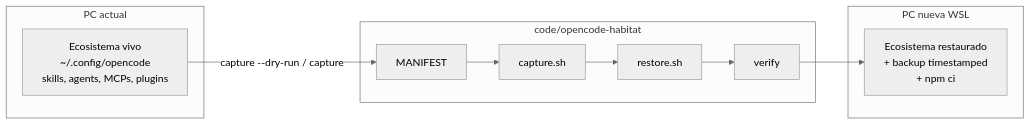
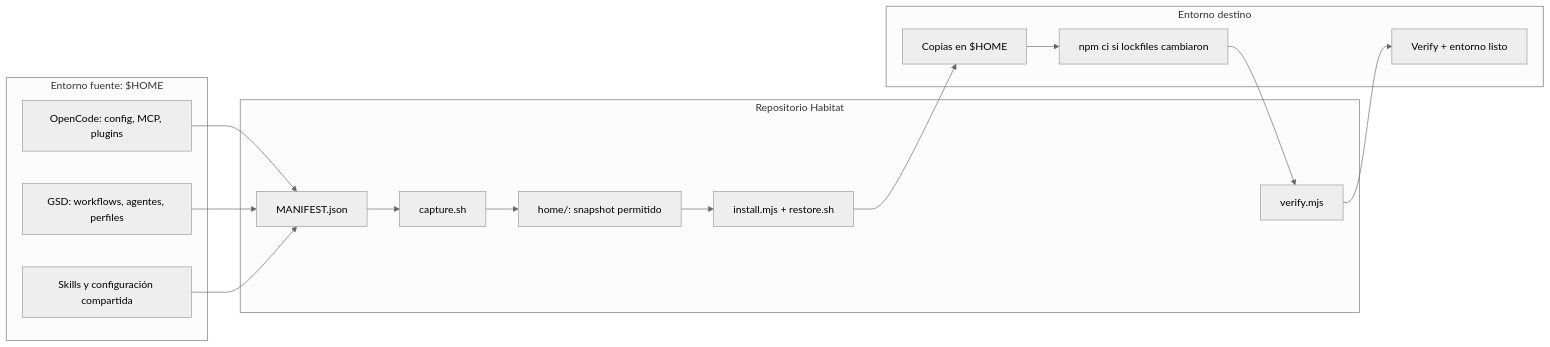
The diagram in README.md (FacundoECornet/Habitat), drawn with Mermaid (neutral theme) before and after one commit. The commit also changed other lines of this file, not shown here.

````diff
--- a/README.md
+++ b/README.md
@@ -20,17 +106,25 @@
 ```mermaid
 flowchart LR
-    subgraph ORIGEN[PC actual]
-        ECO[Ecosistema vivo<br/>~/.config/opencode<br/>skills, agents, MCPs, plugins]
+    subgraph Ecosistema["Entorno fuente: $HOME"]
+        OC[OpenCode: config, MCP, plugins]
+        GSD[GSD: workflows, agentes, perfiles]
+        SK[Skills y configuración compartida]
     end
-    subgraph HABITAT[code/opencode-habitat]
-        MAN[MANIFEST]
-        CAP[capture.sh]
-        RST[restore.sh]
-        VER[verify]
+    subgraph Repo["Repositorio Habitat"]
+        M[MANIFEST.json]
+        H[home/: snapshot permitido]
+        C[capture.sh]
+        I[install.mjs + restore.sh]
+        V[verify.mjs]
     end
-    subgraph DESTINO[PC nueva WSL]
-        ECO2[Ecosistema restaurado<br/>+ backup timestamped<br/>+ npm ci]
+    subgraph Destino["Entorno destino"]
+        R[Copias en $HOME]
+        N[npm ci si lockfiles cambiaron]
+        OK[Verify + entorno listo]
     end
-    ECO -->|capture --dry-run / capture| MAN
-    MAN --> CAP --> RST --> VER --> ECO2
+    OC --> M
+    GSD --> M
+    SK --> M
+    M --> C --> H
+    H --> I --> R --> N --> V --> OK
 ```
````
